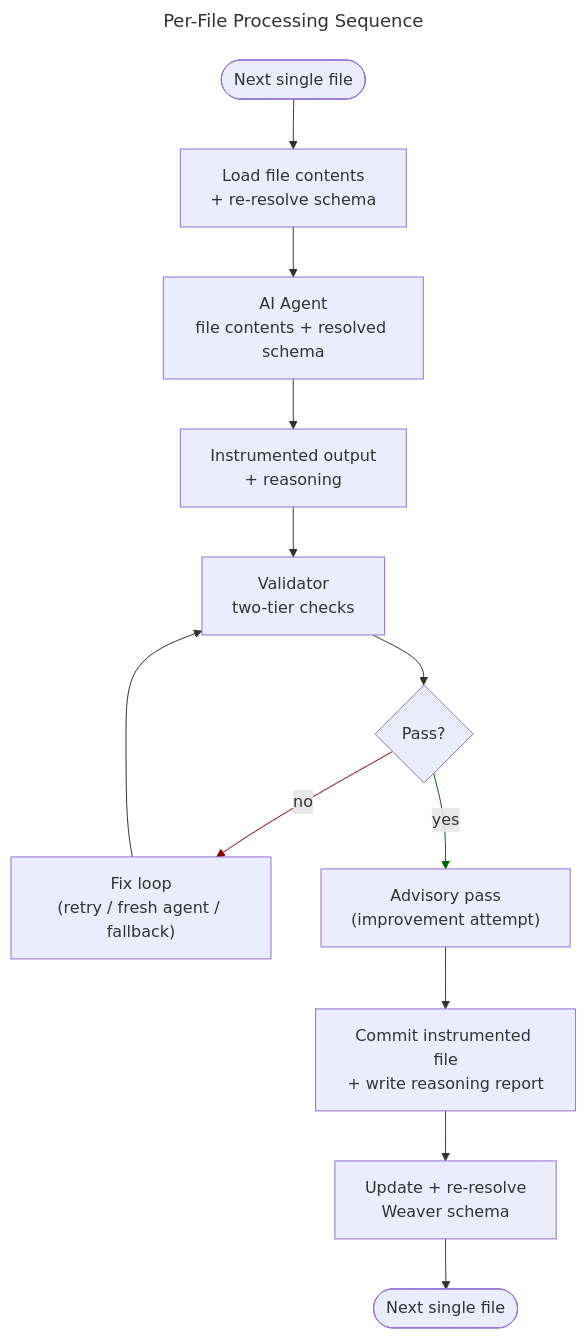
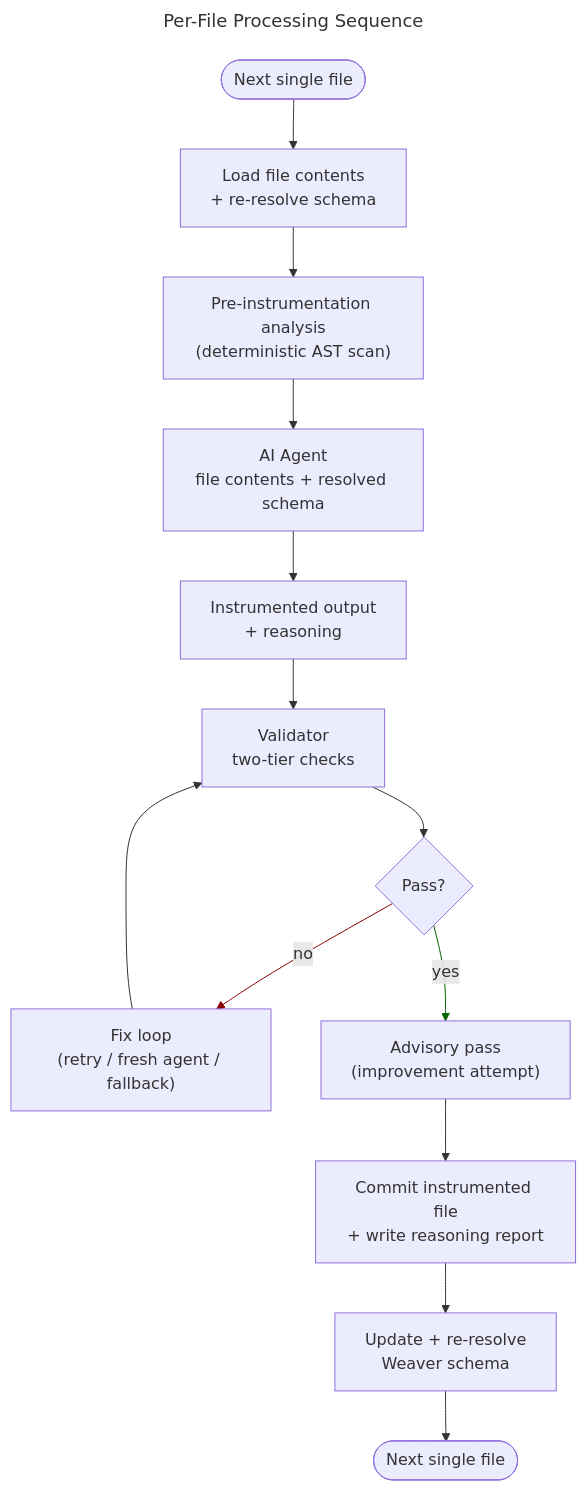
Before and after one commit to wiggitywhitney/spinybacked-orbweaver: the diagram in docs/diagrams/per-file-sequence.mmd, drawn with Mermaid. The commit also changed 3 other files, not shown here.

First line of the commit message:
docs(prd-582): M4 — update architecture diagrams with pre-scan step

```diff
--- a/docs/diagrams/per-file-sequence.mmd
+++ b/docs/diagrams/per-file-sequence.mmd
@@ -1,31 +1,33 @@
 ---
 title: "Per-File Processing Sequence"
 ---
 %% ABOUTME: Per-file processing sequence — full data flow from orchestrator loading a file through commit and schema update
 flowchart TD
     START(["Next single file"])
     LOAD["Load file contents\n+ re-resolve schema"]
+    PRESCAN["Pre-instrumentation analysis\n(deterministic AST scan)"]
     AGENT["AI Agent\nfile contents + resolved schema"]
     OUT["Instrumented output\n+ reasoning"]
     VAL["Validator\ntwo-tier checks"]
     PASS{"Pass?"}
     FIX["Fix loop\n(retry / fresh agent / fallback)"]
     ADVISORY["Advisory pass\n(improvement attempt)"]
     COMMIT["Commit instrumented file\n+ write reasoning report"]
     SCHEMA["Update + re-resolve\nWeaver schema"]
     NEXT(["Next single file"])
 
     START --> LOAD
-    LOAD --> AGENT
+    LOAD --> PRESCAN
+    PRESCAN --> AGENT
     AGENT --> OUT
     OUT --> VAL
     VAL --> PASS
     PASS -->|no| FIX
     FIX --> VAL
     PASS -->|yes| ADVISORY
     ADVISORY --> COMMIT
     COMMIT --> SCHEMA
     SCHEMA --> NEXT
 
-    linkStyle 7 stroke:#006400
-    linkStyle 5 stroke:#8B0000
+    linkStyle 8 stroke:#006400
+    linkStyle 6 stroke:#8B0000
```
